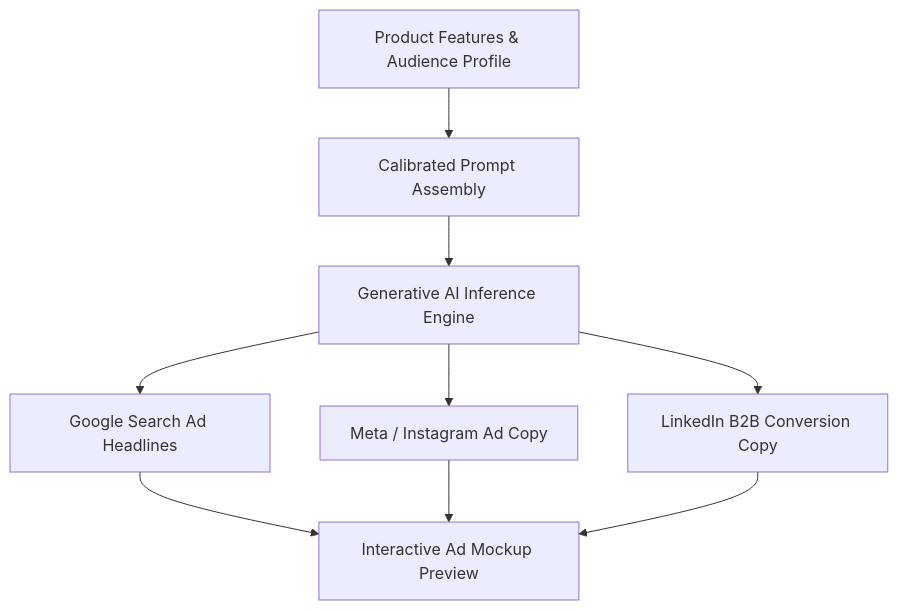
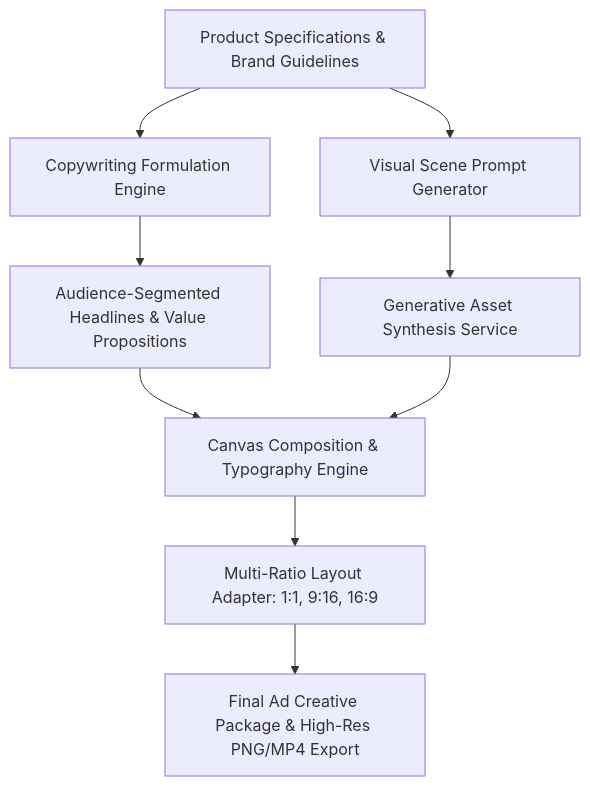
Before and after one commit to sohailahmed-bsrh/ai-ads-maker: the diagram in README.md, drawn with Mermaid. The commit also changed other lines of this file, not shown here.

Commit message:
docs: deploy visual showcase README with screenshot galleries and architecture specifications

````diff
--- a/README.md
+++ b/README.md
@@ -30,11 +48,11 @@
 ```mermaid
 flowchart TD
-    Product[Product Features & Audience Profile] --> PromptEngine[Calibrated Prompt Assembly]
-    PromptEngine --> LLM[Generative AI Inference Engine]
-    LLM --> GoogleAds[Google Search Ad Headlines]
-    LLM --> MetaAds[Meta / Instagram Ad Copy]
-    LLM --> LinkedInAds[LinkedIn B2B Conversion Copy]
-    GoogleAds --> Preview[Interactive Ad Mockup Preview]
-    MetaAds --> Preview
-    LinkedInAds --> Preview
+    A[Product Specifications & Brand Guidelines] --> B[Copywriting Formulation Engine]
+    B --> C[Audience-Segmented Headlines & Value Propositions]
+    A --> D[Visual Scene Prompt Generator]
+    D --> E[Generative Asset Synthesis Service]
+    C --> F[Canvas Composition & Typography Engine]
+    E --> F
+    F --> G[Multi-Ratio Layout Adapter: 1:1, 9:16, 16:9]
+    G --> H[Final Ad Creative Package & High-Res PNG/MP4 Export]
 ```
````
